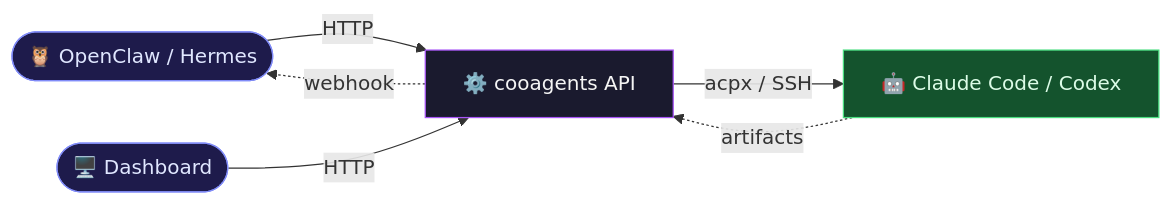
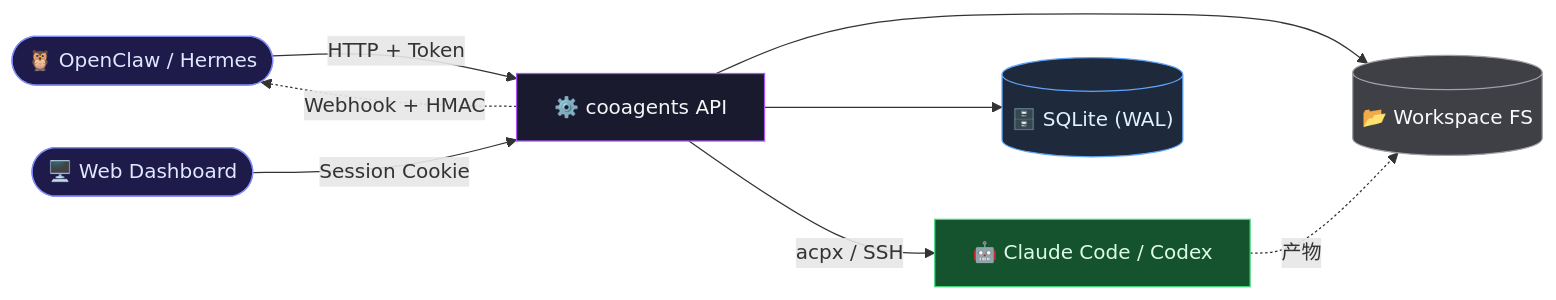
Before and after one commit to vaxtomis/cooagents: the diagram in README.md, drawn with Mermaid. The commit also changed other lines of this file, not shown here.

````diff
--- a/README.md
+++ b/README.md
@@ -5,12 +5,16 @@
 ```mermaid
 flowchart LR
-    HOST(["🦉 OpenClaw / Hermes"]):::client -->|HTTP| API["⚙️ cooagents API"]:::core
-    DASH(["🖥️ Dashboard"]):::client -->|HTTP| API
-    API -->|"acpx / SSH"| Agent["🤖 Claude Code / Codex"]:::agent
-    Agent -.->|artifacts| API
-    API -.->|webhook| HOST
+    HOST(["🦉 OpenClaw / Hermes"]):::client -->|HTTP + Token| API["⚙️ cooagents API"]:::core
+    DASH(["🖥️ Web Dashboard"]):::client -->|Session Cookie| API
+    API --> WS[("📂 Workspace FS")]:::fs
+    API --> DB[("🗄️ SQLite (WAL)")]:::db
+    API -->|acpx / SSH| Agent["🤖 Claude Code / Codex"]:::agent
+    Agent -.->|产物| WS
+    API -.->|Webhook + HMAC| HOST
 
     classDef client fill:#1e1b4b,stroke:#818cf8,color:#e0e7ff
-    classDef core fill:#1a1a2e,stroke:#a855f7,color:#f5f5f5
-    classDef agent fill:#14532d,stroke:#4ade80,color:#dcfce7
+    classDef core   fill:#1a1a2e,stroke:#a855f7,color:#f5f5f5
+    classDef agent  fill:#14532d,stroke:#4ade80,color:#dcfce7
+    classDef fs     fill:#3f3f46,stroke:#a1a1aa,color:#fafafa
+    classDef db     fill:#1e293b,stroke:#60a5fa,color:#e0f2fe
 ```
````
